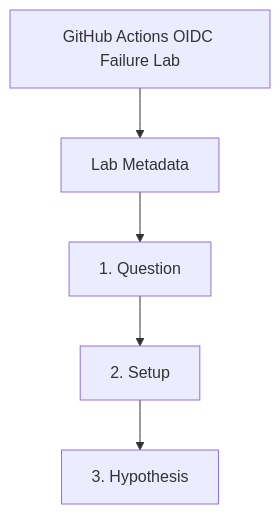
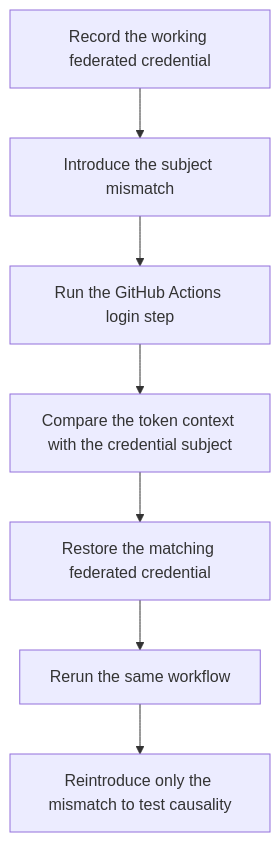
Before and after one commit to yeongseon/azure-container-apps-practical-guide: the diagram in docs/troubleshooting/lab-guides/github-actions-oidc-failure.md, drawn with Mermaid. The commit also changed other lines of this file and 25 other files, not shown here.

Commit message:
docs(diagrams): migrate lab guide diagrams (#624)

````diff
--- a/docs/troubleshooting/lab-guides/github-actions-oidc-failure.md
+++ b/docs/troubleshooting/lab-guides/github-actions-oidc-failure.md
@@ -181,12 +182,9 @@
 ```mermaid
 flowchart TD
-    A["GitHub Actions OIDC Failure Lab"]
-    B["Lab Metadata"]
-    C["1. Question"]
-    D["2. Setup"]
-    E["3. Hypothesis"]
-    A --> B
-    B --> C
-    C --> D
-    D --> E
+    BASELINE["Record the working federated credential"] --> TRIGGER["Introduce the subject mismatch"]
+    TRIGGER --> RUN["Run the GitHub Actions login step"]
+    RUN --> OBSERVE["Compare the token context with the credential subject"]
+    OBSERVE --> FIX["Restore the matching federated credential"]
+    FIX --> VERIFY["Rerun the same workflow"]
+    VERIFY --> FALSIFY["Reintroduce only the mismatch to test causality"]
 ```
````
